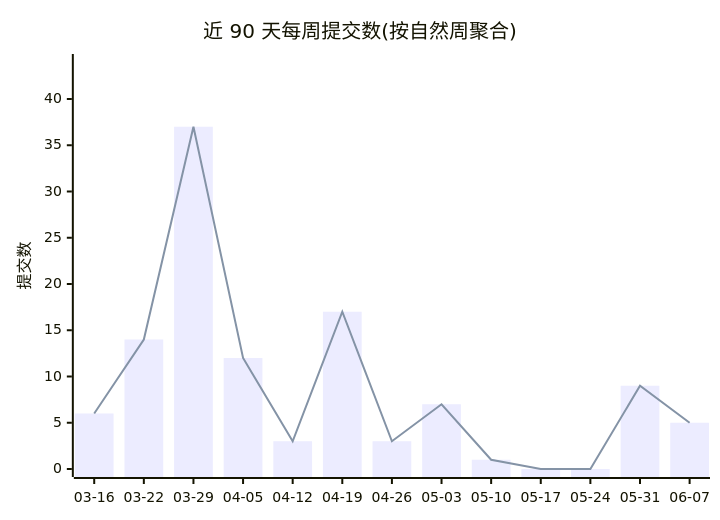
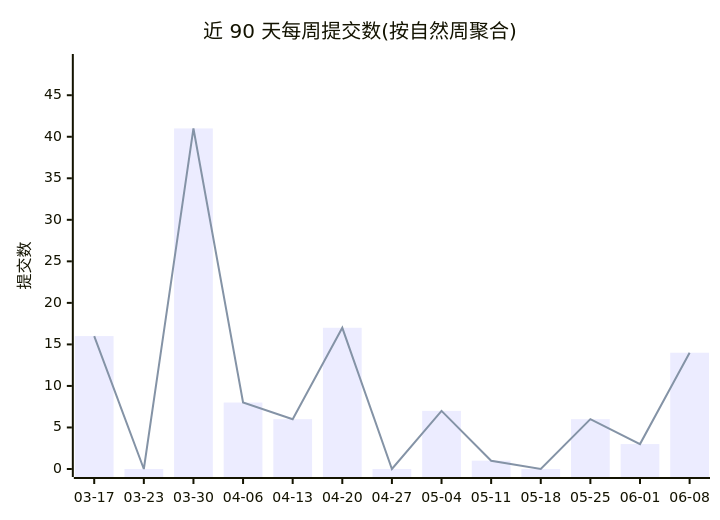
One commit to Conflux-Union/.github changed the first of 2 diagrams in profile/README.md. Above: the diagram before and after it, drawn with Mermaid. The commit also changed other lines of this file and 1 other file, not shown here.

````diff
--- a/profile/README.md
+++ b/profile/README.md
@@ -44,8 +44,8 @@
 ```mermaid
 xychart-beta
     title "近 90 天每周提交数(按自然周聚合)"
-    x-axis ["03-16", "03-22", "03-29", "04-05", "04-12", "04-19", "04-26", "05-03", "05-10", "05-17", "05-24", "05-31", "06-07"]
-    y-axis "提交数" 0 --> 44
-    bar [6, 14, 37, 12, 3, 17, 3, 7, 1, 0, 0, 9, 5]
-    line [6, 14, 37, 12, 3, 17, 3, 7, 1, 0, 0, 9, 5]
+    x-axis ["03-17", "03-23", "03-30", "04-06", "04-13", "04-20", "04-27", "05-04", "05-11", "05-18", "05-25", "06-01", "06-08"]
+    y-axis "提交数" 0 --> 49
+    bar [16, 0, 41, 8, 6, 17, 0, 7, 1, 0, 6, 3, 14]
+    line [16, 0, 41, 8, 6, 17, 0, 7, 1, 0, 6, 3, 14]
 ```
````
